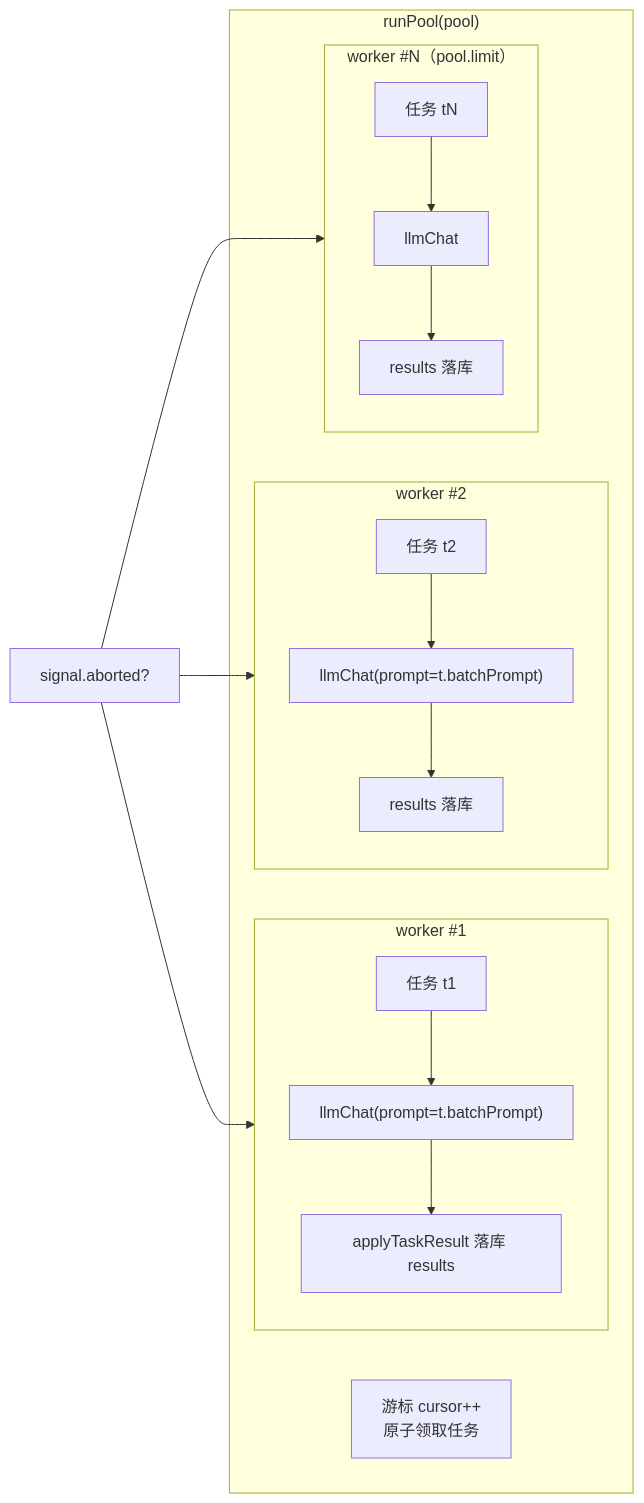
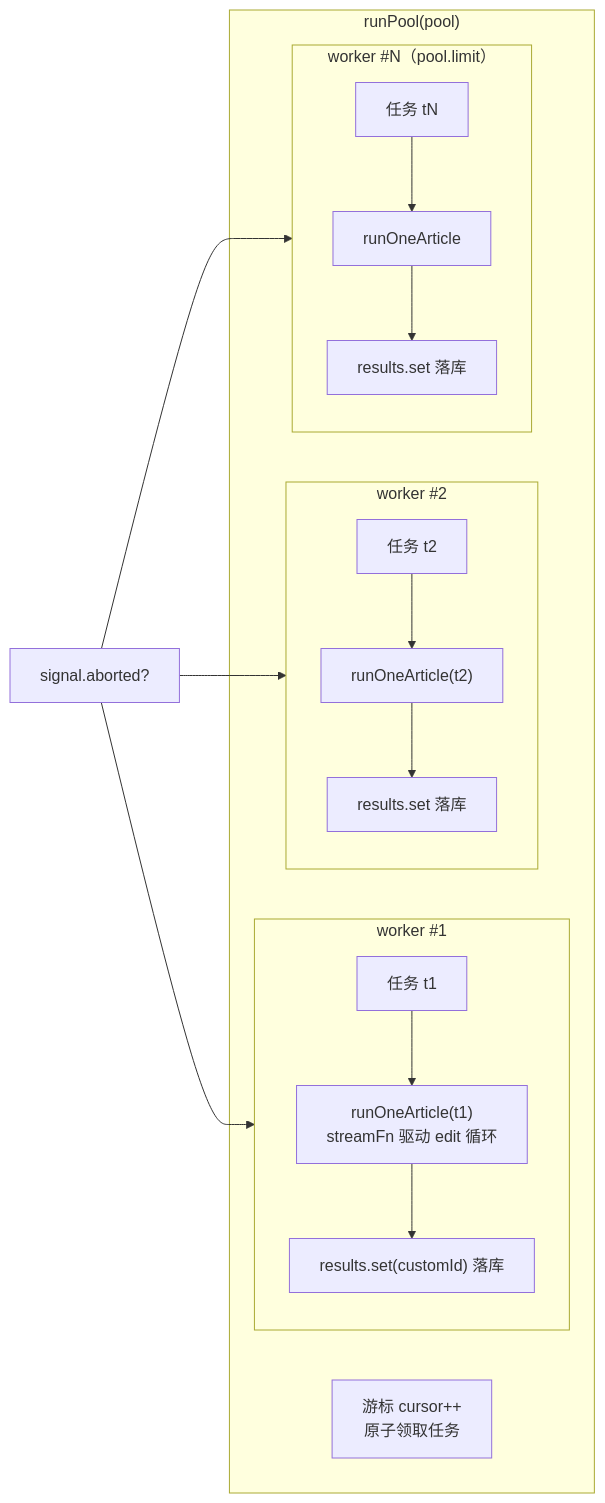
The second of 4 diagrams in .codewiki/_native-state/docs/agentic_support/agentic_support_tooling.md (ikliml666/dsh-codewiki), drawn with Mermaid before and after one commit. The commit also changed other lines of this file and 19 other files, not shown here.

````diff
--- a/.codewiki/_native-state/docs/agentic_support/agentic_support_tooling.md
+++ b/.codewiki/_native-state/docs/agentic_support/agentic_support_tooling.md
@@ -67,21 +67,21 @@
 ```mermaid
 flowchart LR
     subgraph POOL["runPool(pool)"]
         CURSOR["游标 cursor++<br/>原子领取任务"]
         subgraph W1["worker #1"]
-            T1["任务 t1"] --> C1["llmChat(prompt=t.batchPrompt)"]
-            C1 --> R1["applyTaskResult 落库 results"]
+            T1["任务 t1"] --> C1["runOneArticle(t1)<br/>streamFn 驱动 edit 循环"]
+            C1 --> R1["results.set(customId) 落库"]
         end
         subgraph W2["worker #2"]
-            T2["任务 t2"] --> C2["llmChat(prompt=t.batchPrompt)"]
-            C2 --> R2["results 落库"]
+            T2["任务 t2"] --> C2["runOneArticle(t2)"]
+            C2 --> R2["results.set 落库"]
         end
         subgraph WN["worker #N（pool.limit）"]
-            TN["任务 tN"] --> CN["llmChat"]
-            CN --> RN["results 落库"]
+            TN["任务 tN"] --> CN["runOneArticle"]
+            CN --> RN["results.set 落库"]
         end
     end
     SIGNAL["signal.aborted?"] --> W1
     SIGNAL --> W2
     SIGNAL --> WN
 ```
````
